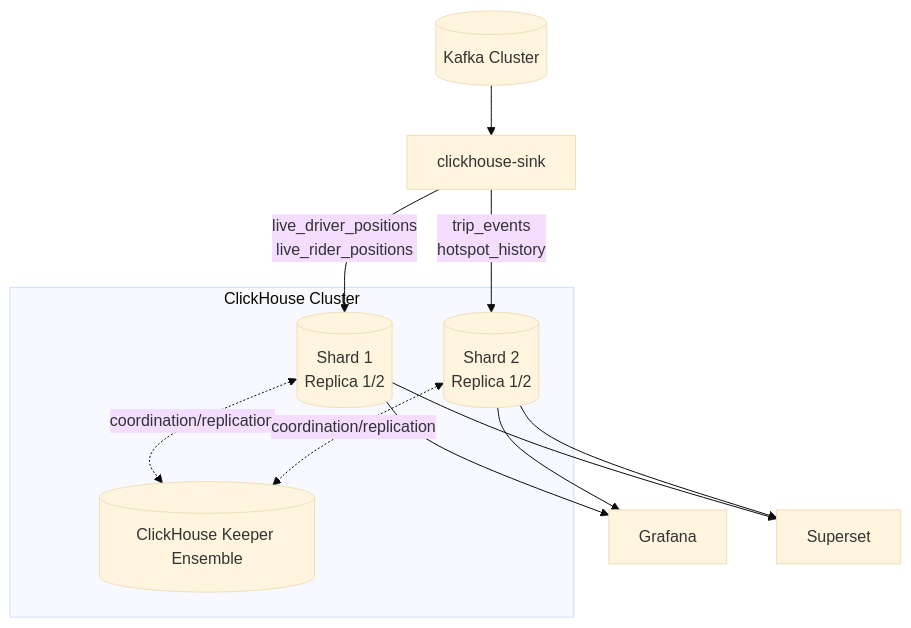
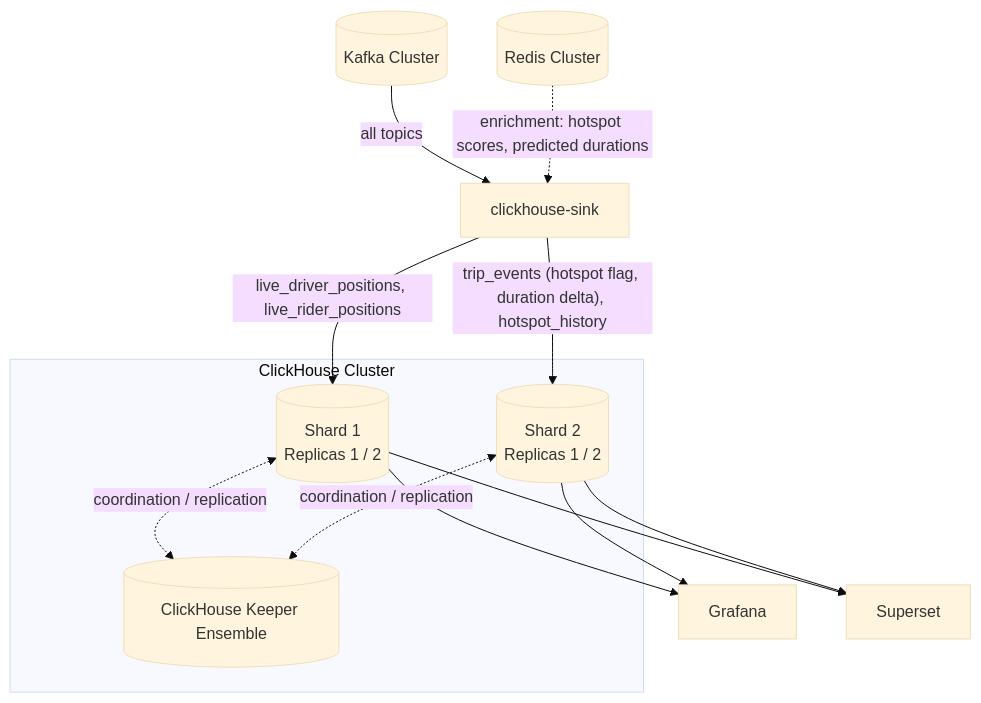
One commit to bahman-farhadian/Meanul-Data-Studio changed the sixth of 6 diagrams in README.md. Above: the diagram before and after it, drawn with Mermaid (base theme). The commit also changed other lines of this file and 24 other files, not shown here.

````diff
--- a/README.md
+++ b/README.md
@@ -269,18 +305,29 @@
 ```mermaid
 graph TB
-    KAFKA[(Kafka Cluster)] --> SINK[clickhouse-sink]
+    KAFKA[("Kafka Cluster")]
+    REDIS[("Redis Cluster")]
+    SINK["clickhouse-sink"]
 
     subgraph OLAP ["ClickHouse Cluster"]
-        CH1[(Shard 1\nReplica 1/2)]
-        CH2[(Shard 2\nReplica 1/2)]
-        KEEPER[(ClickHouse Keeper Ensemble)]
+        CH1[("Shard 1<br/>Replicas 1 / 2")]
+        CH2[("Shard 2<br/>Replicas 1 / 2")]
+        KEEPER[("ClickHouse Keeper Ensemble")]
     end
 
-    SINK -->|live_driver_positions\nlive_rider_positions| CH1
-    SINK -->|trip_events\nhotspot_history| CH2
-    CH1 <-.->|coordination/replication| KEEPER
-    CH2 <-.->|coordination/replication| KEEPER
+    GRAF["Grafana"]
+    SUPER["Superset"]
 
-    CH1 & CH2 --> GRAF[Grafana]
-    CH1 & CH2 --> SUPER[Superset]
+    KAFKA -->|"all topics"| SINK
+    REDIS -.->|"enrichment: hotspot scores, predicted durations"| SINK
+
+    SINK -->|"live_driver_positions, live_rider_positions"| CH1
+    SINK -->|"trip_events (hotspot flag, duration delta), hotspot_history"| CH2
+
+    CH1 <-.->|"coordination / replication"| KEEPER
+    CH2 <-.->|"coordination / replication"| KEEPER
+
+    CH1 --> GRAF
+    CH2 --> GRAF
+    CH1 --> SUPER
+    CH2 --> SUPER
 ```
````
